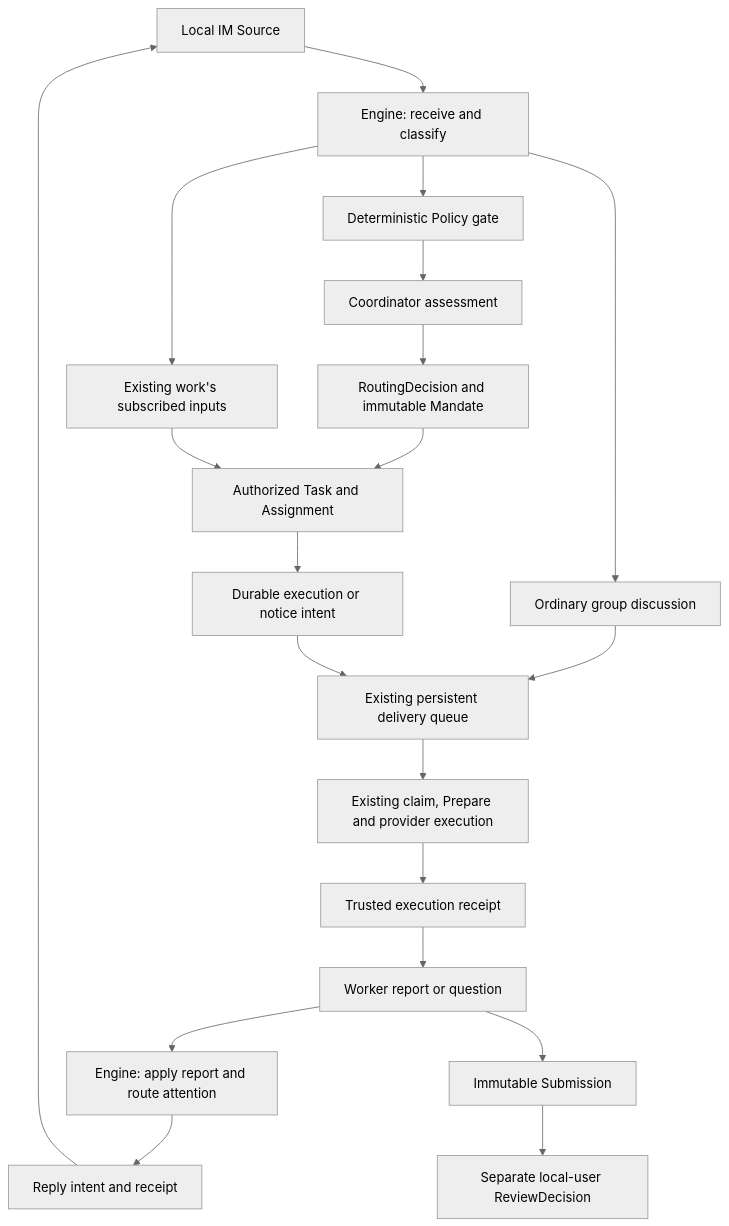
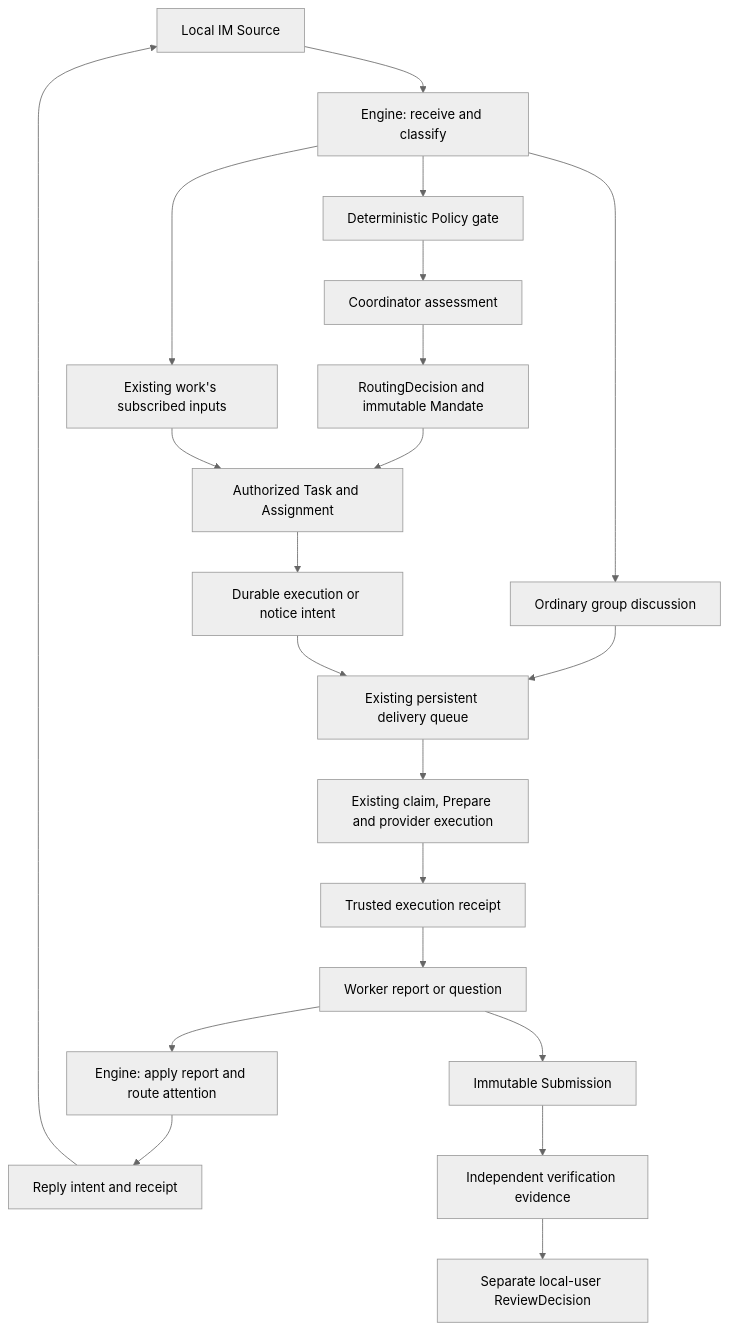
Before and after one commit to PeterFile/ct0x: the diagram in docs/orchestration.md, drawn with Mermaid (neutral theme). The commit also changed other lines of this file and 1 other file, not shown here.

````diff
--- a/docs/orchestration.md
+++ b/docs/orchestration.md
@@ -11,22 +13,23 @@
 ```mermaid
 flowchart TD
     IM[Local IM Source] --> Intake[Engine: receive and classify]
     Intake --> Discussion[Ordinary group discussion]
     Intake --> Follow[Existing work's subscribed inputs]
     Intake --> Gate[Deterministic Policy gate]
     Gate --> Assess[Coordinator assessment]
     Assess --> Decision[RoutingDecision and immutable Mandate]
     Decision --> Task[Authorized Task and Assignment]
     Follow --> Task
     Task --> Intent[Durable execution or notice intent]
     Discussion --> Queue[Existing persistent delivery queue]
     Intent --> Queue
     Queue --> Runtime[Existing claim, Prepare and provider execution]
     Runtime --> Receipt[Trusted execution receipt]
     Receipt --> Report[Worker report or question]
     Report --> Engine[Engine: apply report and route attention]
     Engine --> Outbox[Reply intent and receipt]
     Outbox --> IM
     Report --> Submission[Immutable Submission]
-    Submission --> Review[Separate local-user ReviewDecision]
+    Submission --> Verify[Independent verification evidence]
+    Verify --> Review[Separate local-user ReviewDecision]
 ```
````
